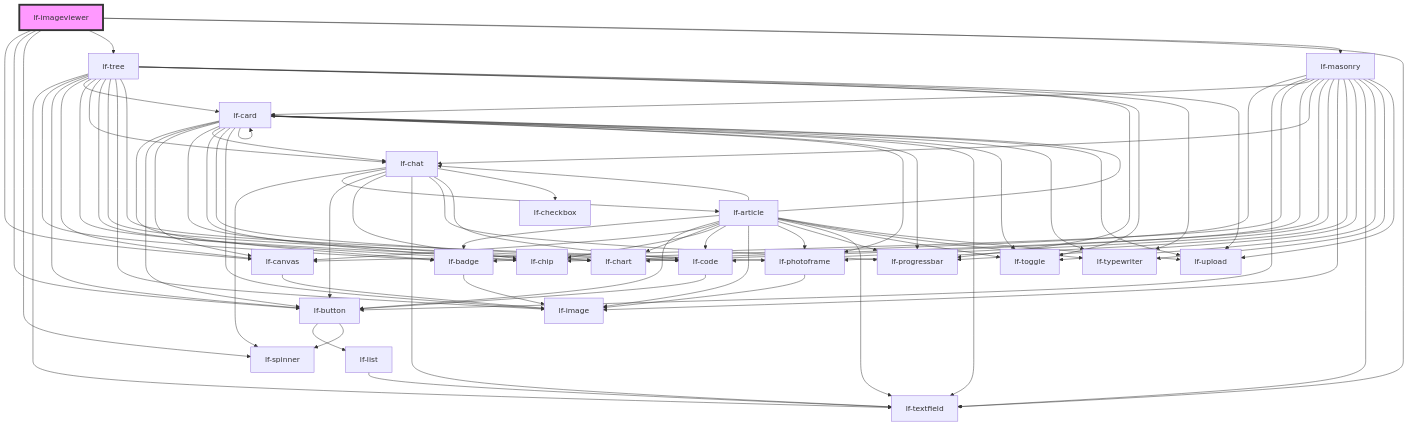
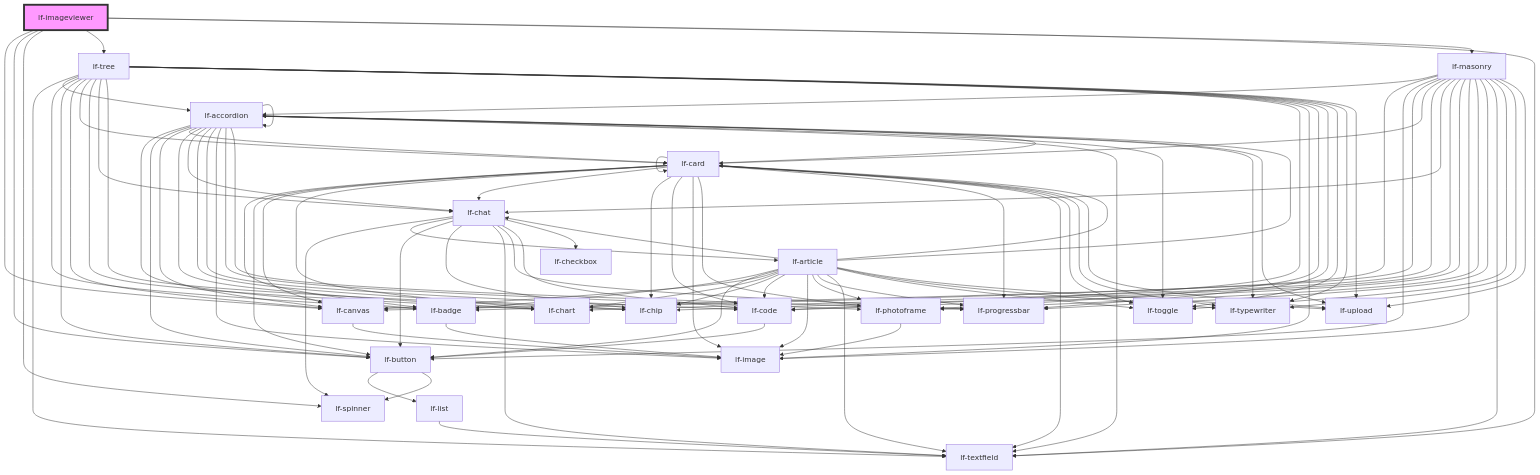
The diagram in packages/core/src/components/lf-imageviewer/readme.md (lucafoscili/lf-widgets), drawn with Mermaid before and after one commit. The commit also changed 23 other files, not shown here.

```diff
--- a/packages/core/src/components/lf-imageviewer/readme.md
+++ b/packages/core/src/components/lf-imageviewer/readme.md
@@ -206,6 +206,7 @@
   lf-button --> lf-spinner
   lf-list --> lf-textfield
   lf-tree --> lf-textfield
+  lf-tree --> lf-accordion
   lf-tree --> lf-badge
   lf-tree --> lf-button
   lf-tree --> lf-canvas
@@ -220,7 +221,24 @@
   lf-tree --> lf-toggle
   lf-tree --> lf-typewriter
   lf-tree --> lf-upload
+  lf-accordion --> lf-accordion
+  lf-accordion --> lf-badge
+  lf-accordion --> lf-button
+  lf-accordion --> lf-canvas
+  lf-accordion --> lf-card
+  lf-accordion --> lf-chart
+  lf-accordion --> lf-chat
+  lf-accordion --> lf-chip
+  lf-accordion --> lf-code
+  lf-accordion --> lf-image
+  lf-accordion --> lf-photoframe
+  lf-accordion --> lf-progressbar
+  lf-accordion --> lf-textfield
+  lf-accordion --> lf-toggle
+  lf-accordion --> lf-typewriter
+  lf-accordion --> lf-upload
   lf-badge --> lf-image
+  lf-card --> lf-accordion
   lf-card --> lf-badge
   lf-card --> lf-button
   lf-card --> lf-canvas
@@ -244,6 +262,7 @@
   lf-chat --> lf-progressbar
   lf-chat --> lf-code
   lf-chat --> lf-checkbox
+  lf-article --> lf-accordion
   lf-article --> lf-badge
   lf-article --> lf-button
   lf-article --> lf-canvas
@@ -261,6 +280,7 @@
   lf-article --> lf-upload
   lf-code --> lf-button
   lf-photoframe --> lf-image
+  lf-masonry --> lf-accordion
   lf-masonry --> lf-badge
   lf-masonry --> lf-button
   lf-masonry --> lf-canvas
```
